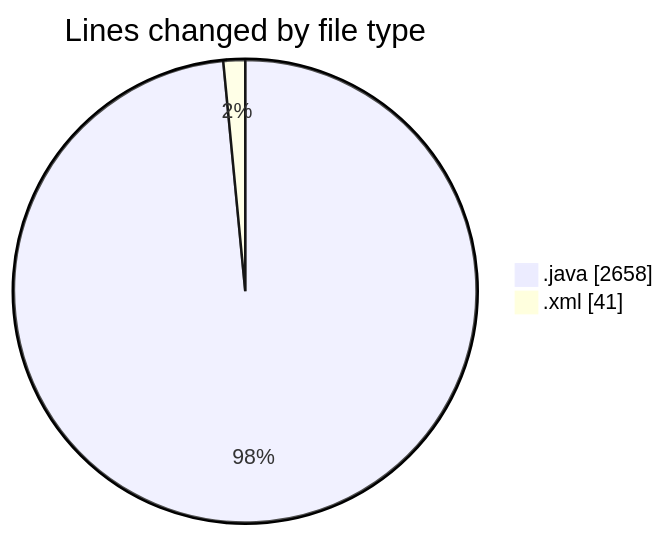
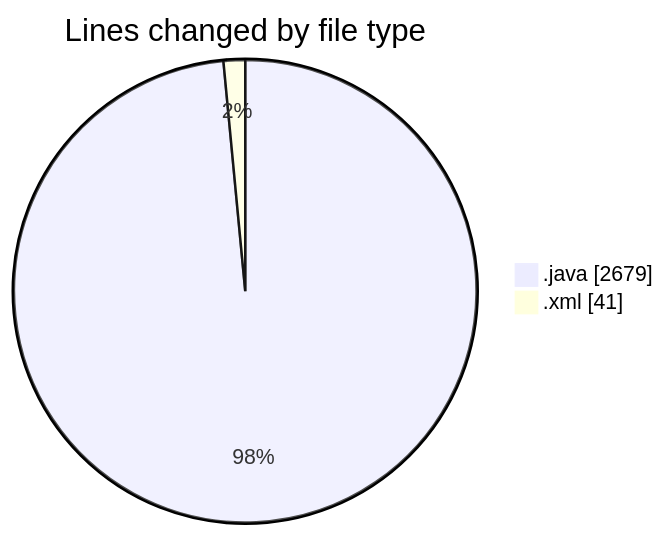
Before and after one commit to ricardozamudiocil/code-tracking: the first of 2 diagrams in 2026-03-10/cilapp/README.md, drawn with Mermaid. The commit also changed other lines of this file and 1 other file, not shown here.

````diff
--- a/2026-03-10/cilapp/README.md
+++ b/2026-03-10/cilapp/README.md
@@ -21,6 +22,6 @@
 ```mermaid
 pie showData
 title Lines changed by file type
-".java" : 2658
+".java" : 2679
 ".xml" : 41
 ```
````
